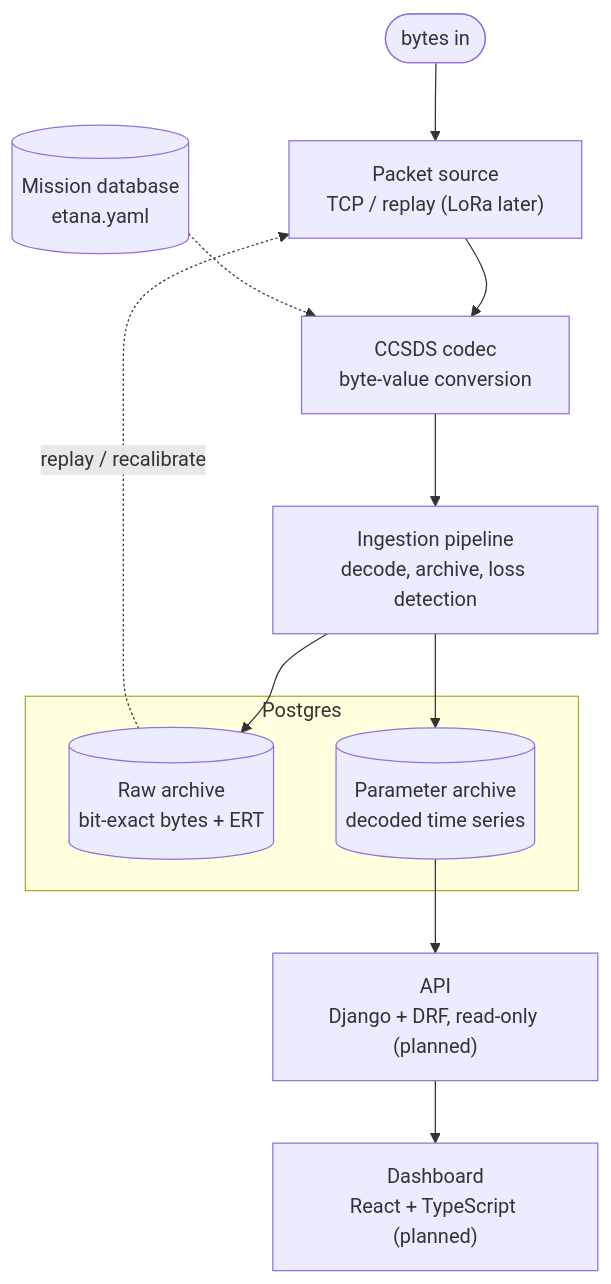
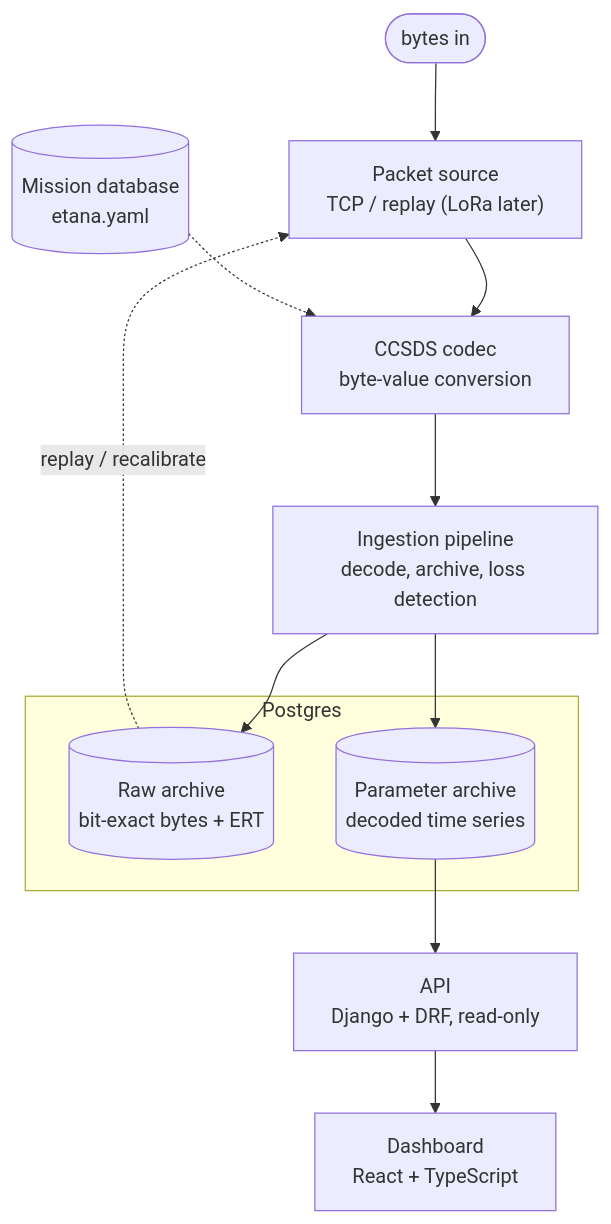
Before and after one commit to Ogmar/etana: the diagram in ground-segment/README.md, drawn with Mermaid. The commit also changed other lines of this file and 1 other file, not shown here.

First line of the commit message:
docs: highlight the live production dashboard

````diff
--- a/ground-segment/README.md
+++ b/ground-segment/README.md
@@ -14,17 +15,17 @@
 ```mermaid
 flowchart TD
     BYTES(["bytes in"]) --> SRC["Packet source<br/>TCP / replay (LoRa later)"]
     SRC --> CODEC["CCSDS codec<br/>byte-value conversion"]
     MDB[("Mission database<br/>etana.yaml")] -.-> CODEC
     CODEC --> PIPE["Ingestion pipeline<br/>decode, archive, loss detection"]
     PIPE --> RAW[("Raw archive<br/>bit-exact bytes + ERT")]
     PIPE --> PARAM[("Parameter archive<br/>decoded time series")]
     RAW -.->|"replay / recalibrate"| SRC
-    PARAM --> API["API<br/>Django + DRF, read-only (planned)"]
-    API --> DASH["Dashboard<br/>React + TypeScript (planned)"]
+    PARAM --> API["API<br/>Django + DRF, read-only"]
+    API --> DASH["Dashboard<br/>React + TypeScript"]
 
     subgraph postgres["Postgres"]
         RAW
         PARAM
     end
 ```
````
